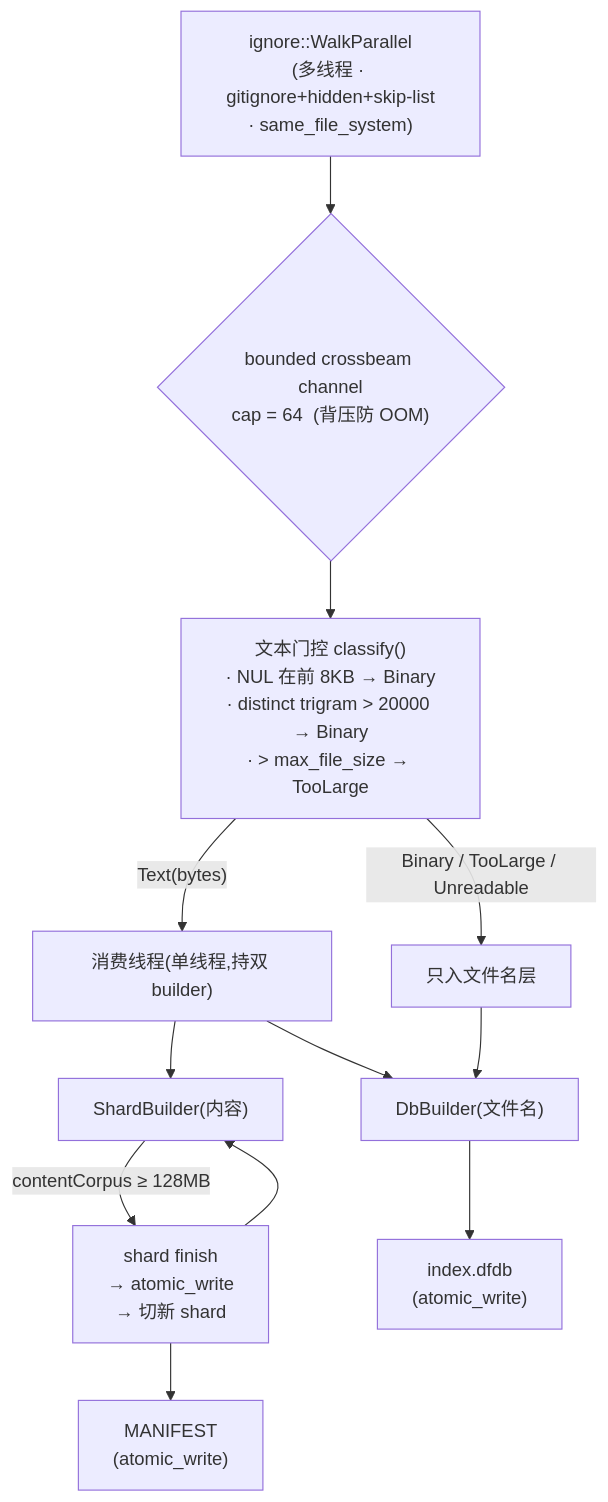
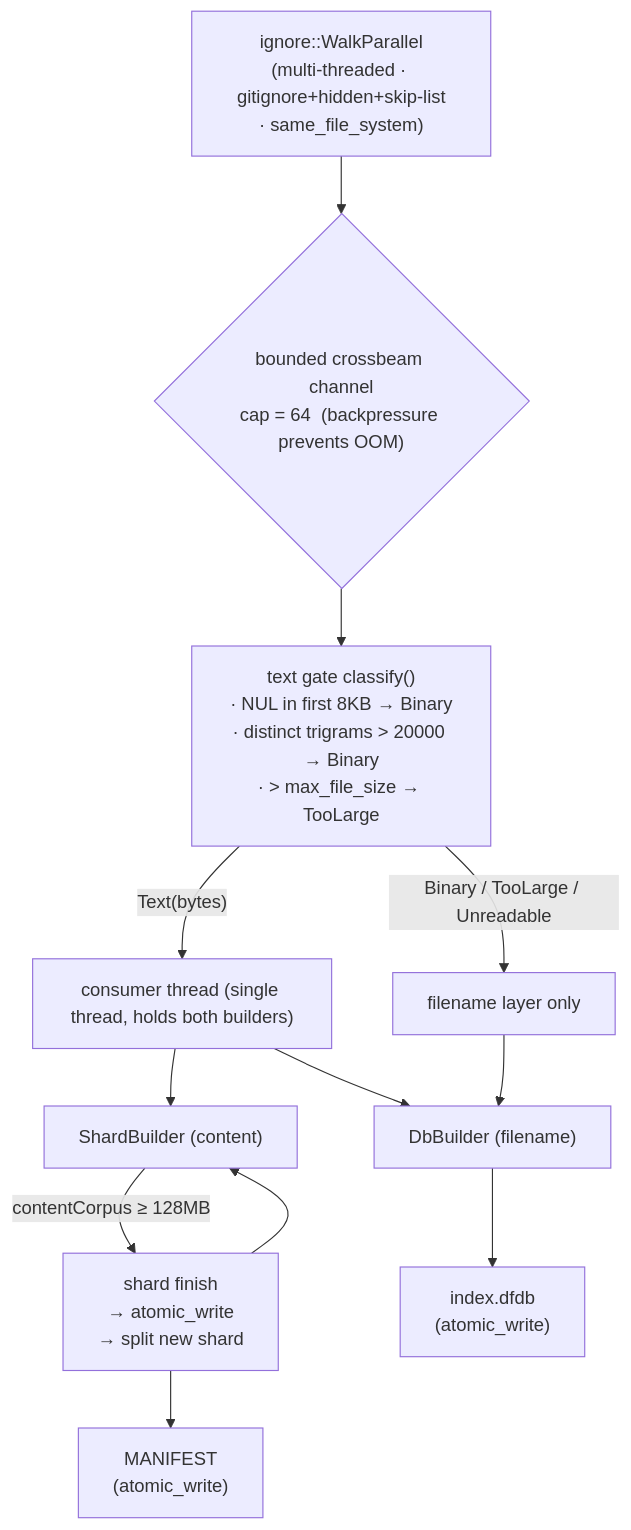
One commit to nadav-cheung/DeepFinder changed the fourth of 5 diagrams in docs/architecture.md. Above: the diagram before and after it, drawn with Mermaid. The commit also changed other lines of this file and 3 other files, not shown here.

First line of the commit message:
docs: rewrite architecture/decisions/perf-baseline/tech-selection to English + OSS-standard formats

````diff
--- a/docs/architecture.md
+++ b/docs/architecture.md
@@ -158,20 +158,20 @@
 ```mermaid
 flowchart TD
-    W["ignore::WalkParallel<br/>(多线程 · gitignore+hidden+skip-list<br/>· same_file_system)"] --> TX
+    W["ignore::WalkParallel<br/>(multi-threaded · gitignore+hidden+skip-list<br/>· same_file_system)"] --> TX
 
-    TX{"bounded crossbeam channel<br/>cap = 64  (背压防 OOM)"} --> G
+    TX{"bounded crossbeam channel<br/>cap = 64  (backpressure prevents OOM)"} --> G
 
-    G["文本门控 classify()<br/>· NUL 在前 8KB → Binary<br/>· distinct trigram > 20000 → Binary<br/>· > max_file_size → TooLarge"]
+    G["text gate classify()<br/>· NUL in first 8KB → Binary<br/>· distinct trigrams > 20000 → Binary<br/>· > max_file_size → TooLarge"]
 
-    G -->|"Text(bytes)"| BOTH["消费线程(单线程,持双 builder)"]
-    G -->|"Binary / TooLarge / Unreadable"| FNONLY["只入文件名层"]
+    G -->|"Text(bytes)"| BOTH["consumer thread (single thread, holds both builders)"]
+    G -->|"Binary / TooLarge / Unreadable"| FNONLY["filename layer only"]
 
-    BOTH --> FNB["DbBuilder(文件名)"]
-    BOTH --> STB["ShardBuilder(内容)"]
+    BOTH --> FNB["DbBuilder (filename)"]
+    BOTH --> STB["ShardBuilder (content)"]
     FNONLY --> FNB
 
-    STB -->|contentCorpus ≥ 128MB| FLUSH["shard finish<br/>→ atomic_write<br/>→ 切新 shard"]
+    STB -->|contentCorpus ≥ 128MB| FLUSH["shard finish<br/>→ atomic_write<br/>→ split new shard"]
     FLUSH --> STB
     FNB --> FNOUT["index.dfdb<br/>(atomic_write)"]
     FLUSH --> MANOUT["MANIFEST<br/>(atomic_write)"]
 ```
````
